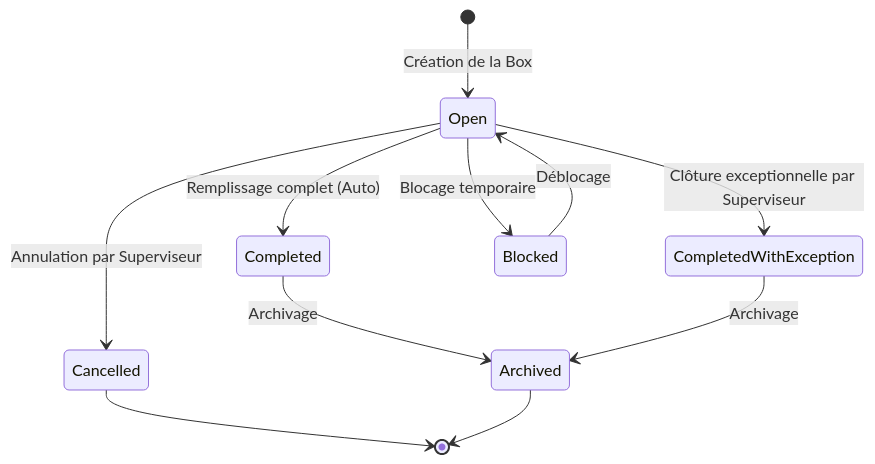
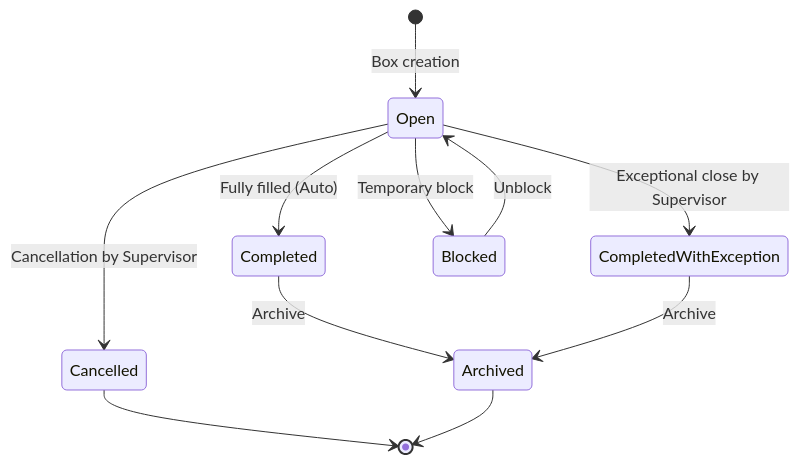
One commit to MEHDImp4/Motherson-Box-Management changed the third of 3 diagrams in docs/ARCHITECTURE.md. Above: the diagram before and after it, drawn with Mermaid. The commit also changed other lines of this file and 92 other files, not shown here.

````diff
--- a/docs/ARCHITECTURE.md
+++ b/docs/ARCHITECTURE.md
@@ -156,13 +156,13 @@
 ```mermaid
 stateDiagram-v2
-    [*] --> Open : Création de la Box
-    Open --> Completed : Remplissage complet (Auto)
-    Open --> CompletedWithException : Clôture exceptionnelle par Superviseur
-    Open --> Cancelled : Annulation par Superviseur
-    Open --> Blocked : Blocage temporaire
-    Blocked --> Open : Déblocage
-    Completed --> Archived : Archivage
-    CompletedWithException --> Archived : Archivage
+    [*] --> Open : Box creation
+    Open --> Completed : Fully filled (Auto)
+    Open --> CompletedWithException : Exceptional close by Supervisor
+    Open --> Cancelled : Cancellation by Supervisor
+    Open --> Blocked : Temporary block
+    Blocked --> Open : Unblock
+    Completed --> Archived : Archive
+    CompletedWithException --> Archived : Archive
     Cancelled --> [*]
     Archived --> [*]
 ```
````
